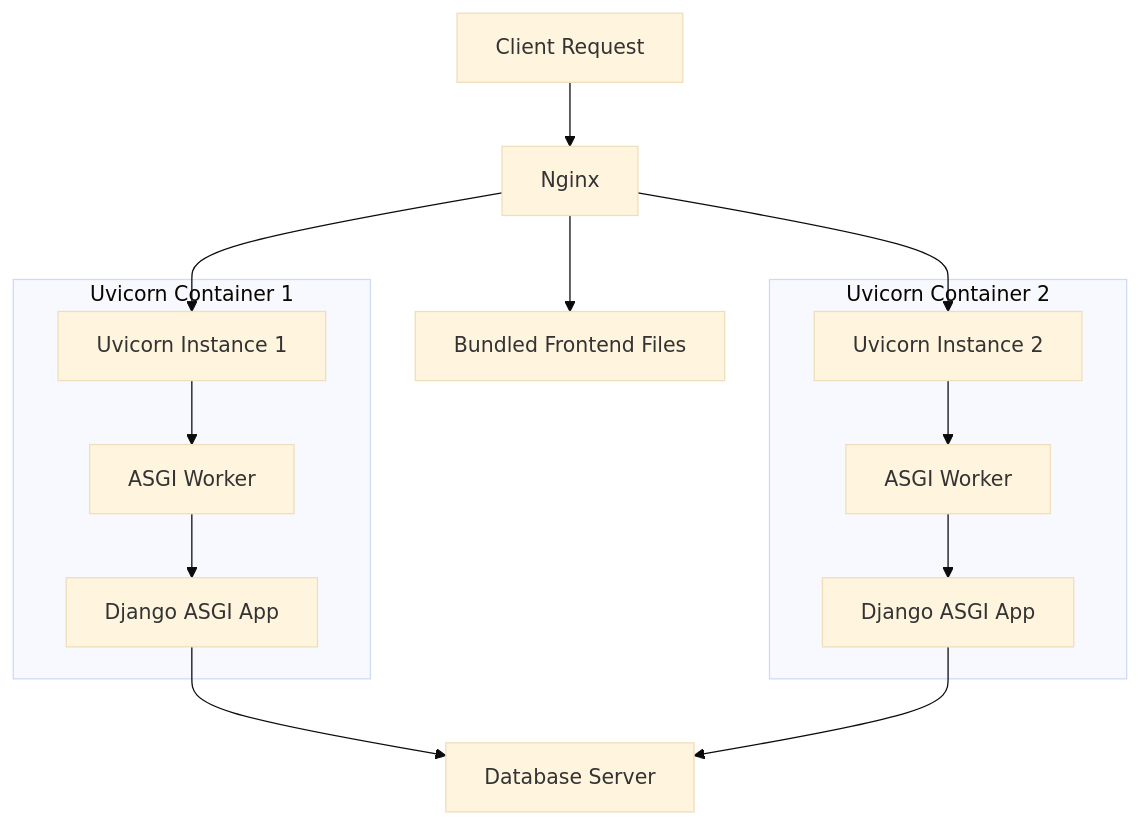
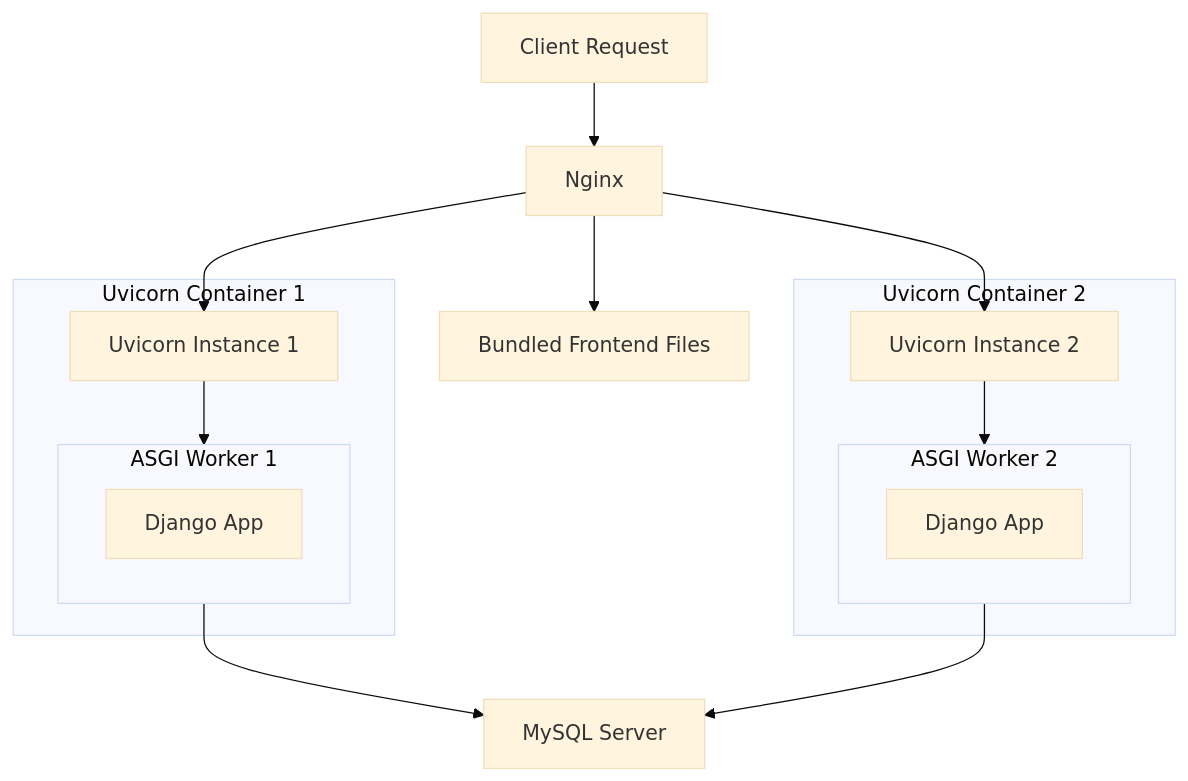
One commit to skykhs3/skykhs3.github.io changed the fourth of 4 diagrams in _posts/2025-04-07-retrospective-kakao-impact.md. Above: the diagram before and after it, drawn with Mermaid (base theme). The commit also changed other lines of this file and 1 other file, not shown here.

````diff
--- a/_posts/2025-04-07-retrospective-kakao-impact.md
+++ b/_posts/2025-04-07-retrospective-kakao-impact.md
@@ -188,24 +200,27 @@
 ```mermaid
 flowchart TD
     A[Client Request] --> N[Nginx]
 
     N --> C1
     N --> C2
     N --> C3[Bundled Frontend Files]
 
     subgraph Container_1 [Uvicorn Container 1]
         C1[Uvicorn Instance 1]
         C1 --> W1[ASGI Worker]
-        W1 --> D1[Django ASGI App]
+        subgraph W1 [ASGI Worker 1]
+            D1["Django App"]
+        end
     end
 
     subgraph Container_2 [Uvicorn Container 2]
         C2[Uvicorn Instance 2]
         C2 --> W2[ASGI Worker]
-        W2 --> D2[Django ASGI App]
+         subgraph W2 [ASGI Worker 2]
+            D2["Django App"]
+        end
     end
 
-    D1 --> E1[Database Server]
-    D2 --> E1[Database Server]
-
+    W1 --> E1[MySQL Server]
+    W2 --> E1[MySQL Server]
 ```
````
